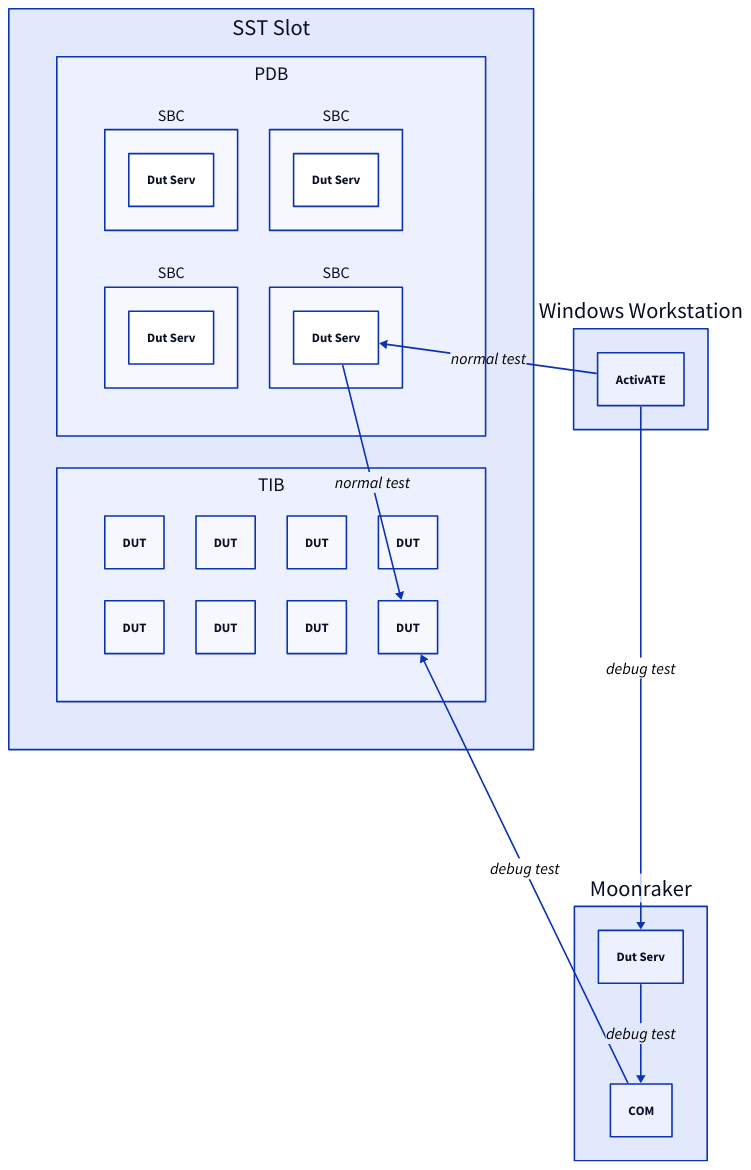
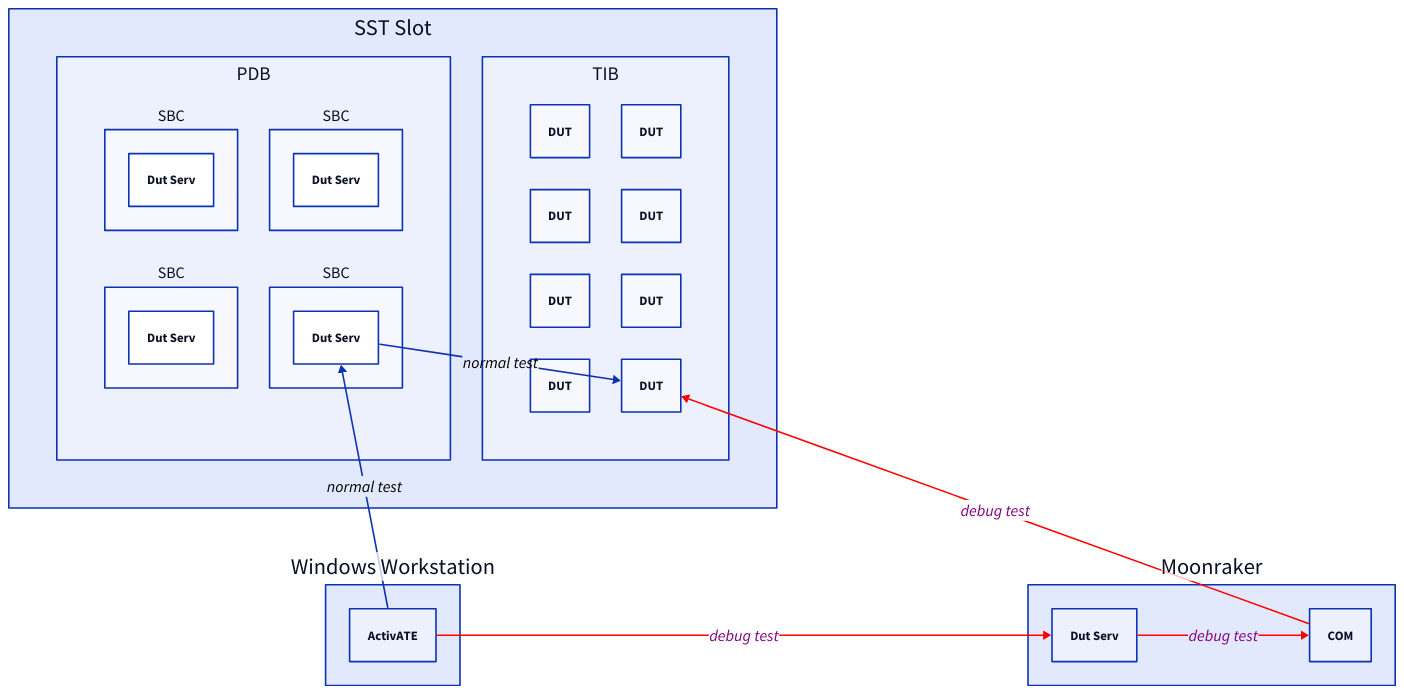
Before and after one commit to gf4t47/PSV: the diagram in activate_moonraker.d2, drawn with D2. The commit also changed 5 other files, not shown here.

```diff
--- a/activate_moonraker.d2
+++ b/activate_moonraker.d2
@@ -1,64 +1,73 @@
-# direction: down
+direction: right
 
 vars {
     DutServ: Dut Serv
 }
 
 classes {
     ConnLable: {
         style: {
             font-size: 20
             font-color: black
         }
     }
+
+    ConnLine: {
+        style: {
+            font-color: purple
+            stroke: red
+        }
+    }
 }
 
 SST {
     # near: top-left
     
     label: "SST Slot"
-    grid-rows: 2
+    # grid-rows: 2
+    grid-columns: 2
 
     PDB: "PDB" {
-        grid-rows: 2
+        # grid-rows: 2
+        grid-columns: 2
 
         SBC1: SBC {
             DutServ: ${DutServ}
         }
         SBC2: SBC {
             DutServ: ${DutServ}
         }
         SBC3: SBC{
             DutServ: ${DutServ}
         }
         SBC4: SBC{
             DutServ: ${DutServ}
         }
     }
 
     TIB: "TIB" {
-        grid-rows: 2
+        # grid-rows: 2
+        grid-columns: 2
 
         DUT1: DUT
         DUT2: DUT
         DUT3: DUT
         DUT4: DUT
         DUT5: DUT
         DUT6: DUT
         DUT7: DUT
         DUT8: DUT
     }   
 }
 
 WS: Windows Workstation  {
-    # near: top-right
     ActivATE
 }
 
 Moonraker: {
     DutServ: ${DutServ}
     COM
 }
 
 SST.TIB.DUT8 <- SST.PDB.SBC4.DutServ <- WS.ActivATE : normal test { class: ConnLable }
-SST.TIB.DUT8 <- Moonraker.COM <- Moonraker.DutServ <- WS.ActivATE : debug test { class: ConnLable }
+SST.TIB.DUT8 <- Moonraker.COM <- Moonraker.DutServ <- WS.ActivATE : debug test { class: [ConnLable; ConnLine] }
```
